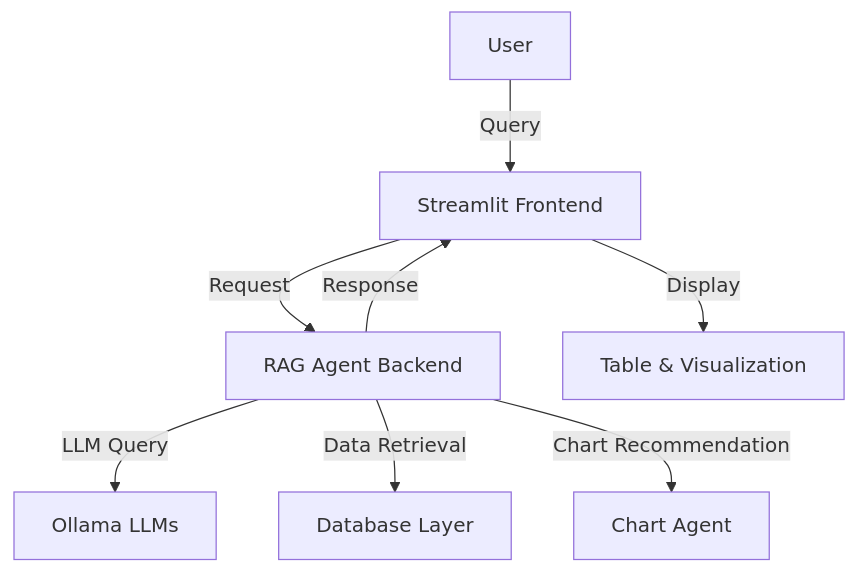
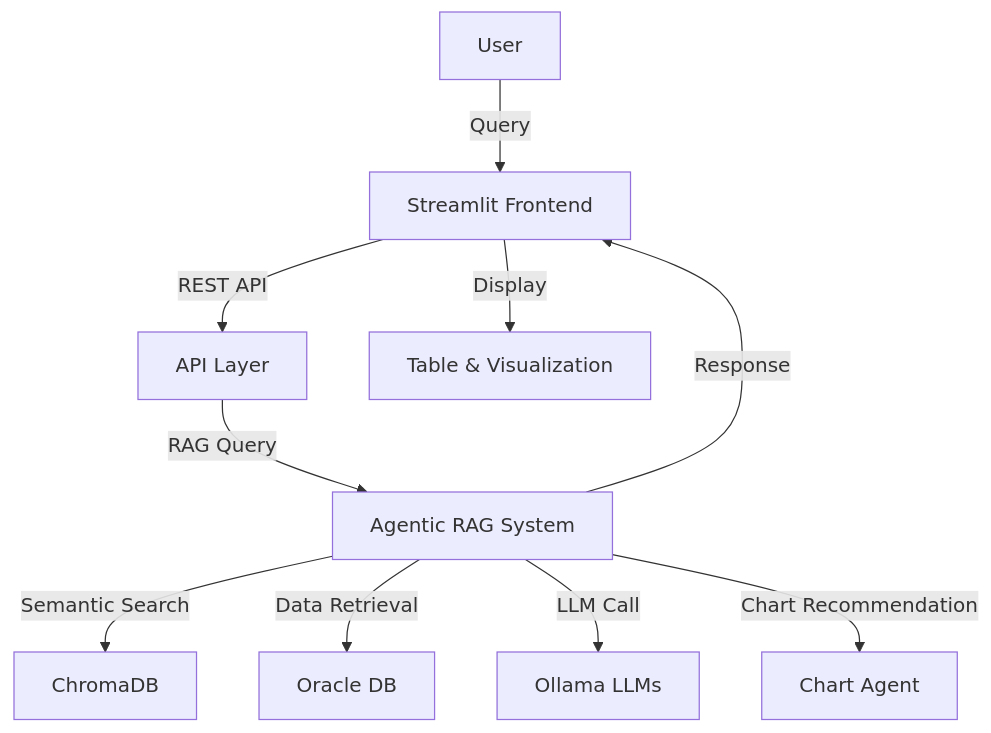
Before and after one commit to rohitmenon-001/Global_Search_POC: the first of 3 diagrams in Documentation.md, drawn with Mermaid. The commit also changed other lines of this file, not shown here.

Commit message:
Rebrand as Agentic Assistant, expand documentation with deep technical content, diagrams, and system details (RecVue, 06/15/25)

````diff
--- a/Documentation.md
+++ b/Documentation.md
@@ -42,10 +58,12 @@
 ```mermaid
 graph TD
     A[User] -->|Query| B[Streamlit Frontend]
-    B -->|Request| C[RAG Agent Backend]
-    C -->|LLM Query| D[Ollama LLMs]
-    C -->|Data Retrieval| E[Database Layer]
-    C -->|Chart Recommendation| F[Chart Agent]
-    C -->|Response| B
-    B -->|Display| G[Table & Visualization]
+    B -->|REST API| C[API Layer]
+    C -->|RAG Query| D[Agentic RAG System]
+    D -->|Semantic Search| E[ChromaDB]
+    D -->|Data Retrieval| F[Oracle DB]
+    D -->|LLM Call| G[Ollama LLMs]
+    D -->|Chart Recommendation| H[Chart Agent]
+    D -->|Response| B
+    B -->|Display| I[Table & Visualization]
 ```
````
